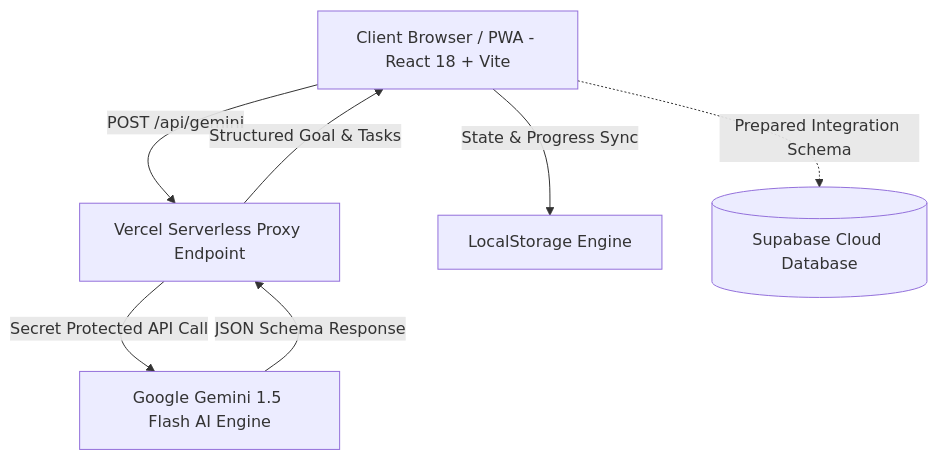
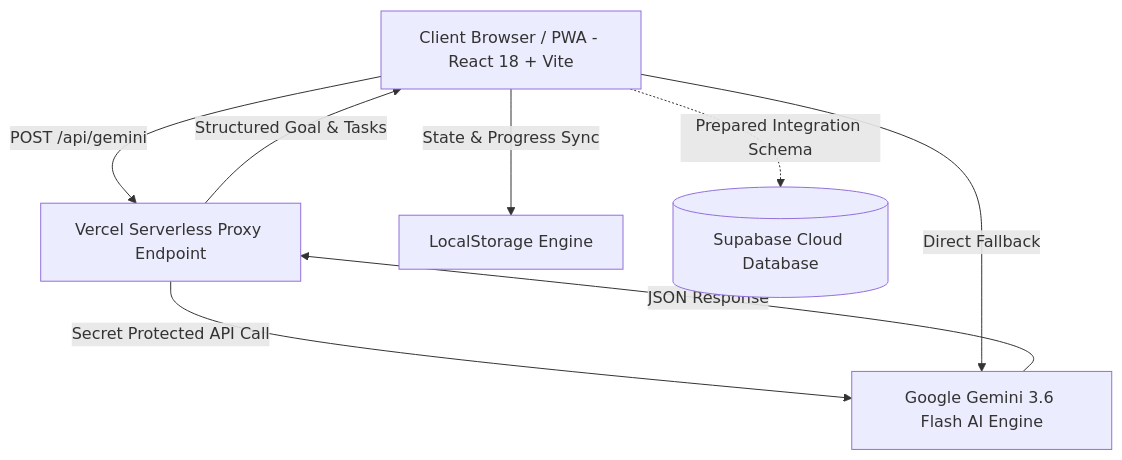
The diagram in README.md (Laplace158/adim-ai), drawn with Mermaid before and after one commit. The commit also changed other lines of this file and 1 other file, not shown here.

````diff
--- a/README.md
+++ b/README.md
@@ -33,9 +47,10 @@
 ```mermaid
 graph TD
     A[Client Browser / PWA - React 18 + Vite] -->|POST /api/gemini| B[Vercel Serverless Proxy Endpoint]
-    B -->|Secret Protected API Call| C[Google Gemini 1.5 Flash AI Engine]
-    C -->|JSON Schema Response| B
+    B -->|Secret Protected API Call| C[Google Gemini 3.6 Flash AI Engine]
+    C -->|JSON Response| B
     B -->|Structured Goal & Tasks| A
+    A -->|Direct Fallback| C
     A -->|State & Progress Sync| D[LocalStorage Engine]
     A -.->|Prepared Integration Schema| E[(Supabase Cloud Database)]
 ```
````
